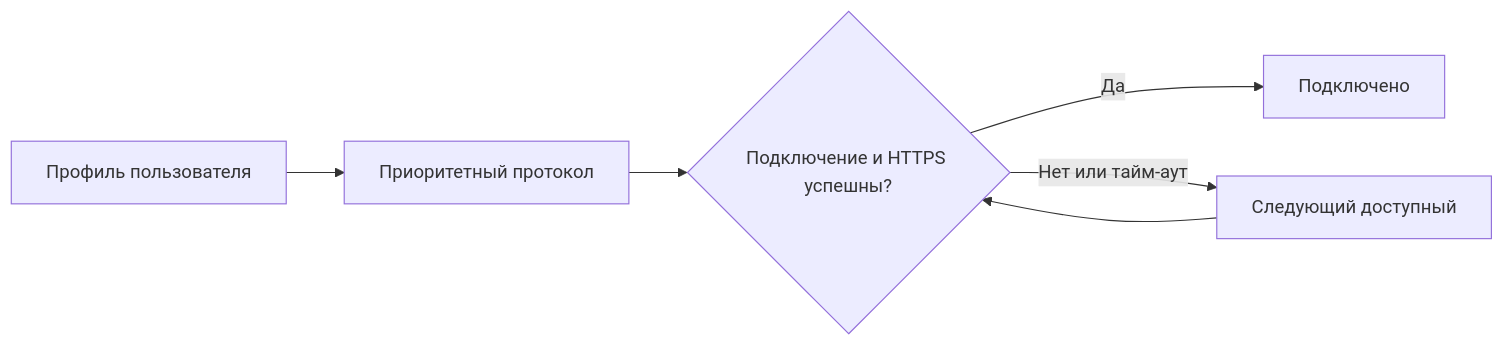
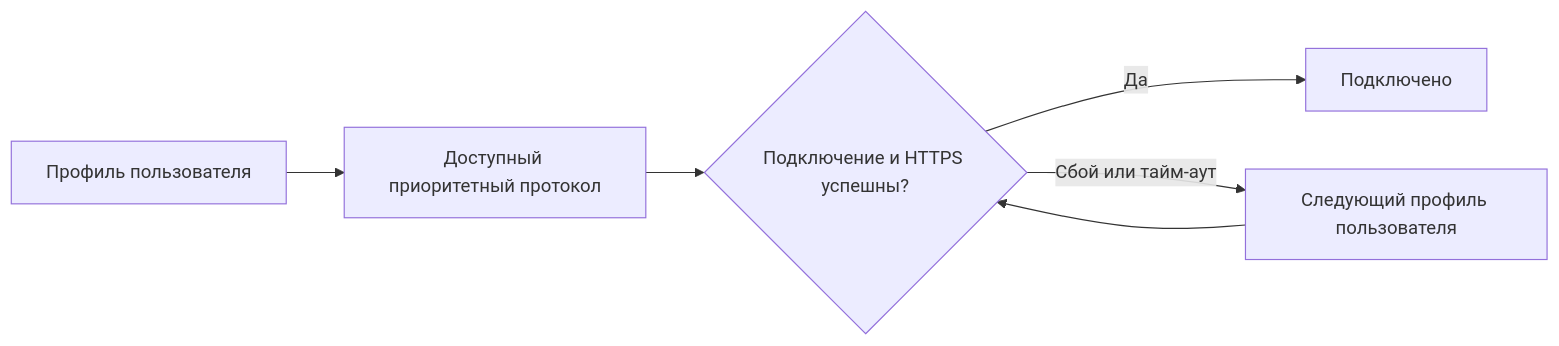
The diagram in docs/ru/guide.md (rukazax/xio_vpn), drawn with Mermaid before and after one commit. The commit also changed other lines of this file and 1424 other files, not shown here.

````diff
--- a/docs/ru/guide.md
+++ b/docs/ru/guide.md
@@ -27,8 +19,8 @@
 ```mermaid
 flowchart LR
-  A[Профиль пользователя] --> B[Приоритетный протокол]
+  A[Профиль пользователя] --> B[Доступный приоритетный протокол]
   B --> C{Подключение и HTTPS успешны?}
   C -->|Да| D[Подключено]
-  C -->|Нет или тайм-аут| E[Следующий доступный]
+  C -->|Сбой или тайм-аут| E[Следующий профиль пользователя]
   E --> C
 ```
````
